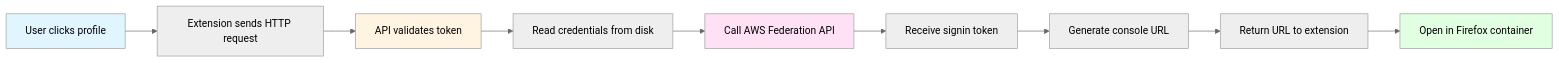
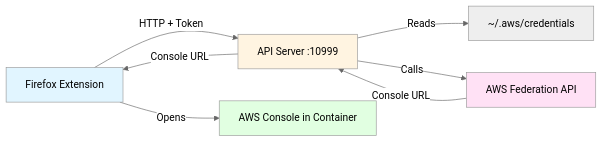
One commit to sam-fakhreddine/aws-containers changed the diagram in README.md. Above: the diagram before and after it, drawn with Mermaid (neutral theme). The commit also changed other lines of this file and 6 other files, not shown here.

````diff
--- a/README.md
+++ b/README.md
@@ -101,16 +70,14 @@
 ```mermaid
-flowchart LR
-    A[User clicks profile] --> B[Extension sends HTTP request]
-    B --> C[API validates token]
-    C --> D[Read credentials from disk]
-    D --> E[Call AWS Federation API]
-    E --> F[Receive signin token]
-    F --> G[Generate console URL]
-    G --> H[Return URL to extension]
-    H --> I[Open in Firefox container]
-    
+graph LR
+    A[Firefox Extension] -->|HTTP + Token| B[API Server :10999]
+    B -->|Reads| C[~/.aws/credentials]
+    B -->|Calls| D[AWS Federation API]
+    D -->|Console URL| B
+    B -->|Console URL| A
+    A -->|Opens| E[AWS Console in Container]
+
     style A fill:#e1f5ff
-    style C fill:#fff4e1
-    style E fill:#ffe1f5
-    style I fill:#e1ffe1
+    style B fill:#fff4e1
+    style D fill:#ffe1f5
+    style E fill:#e1ffe1
 ```
````
